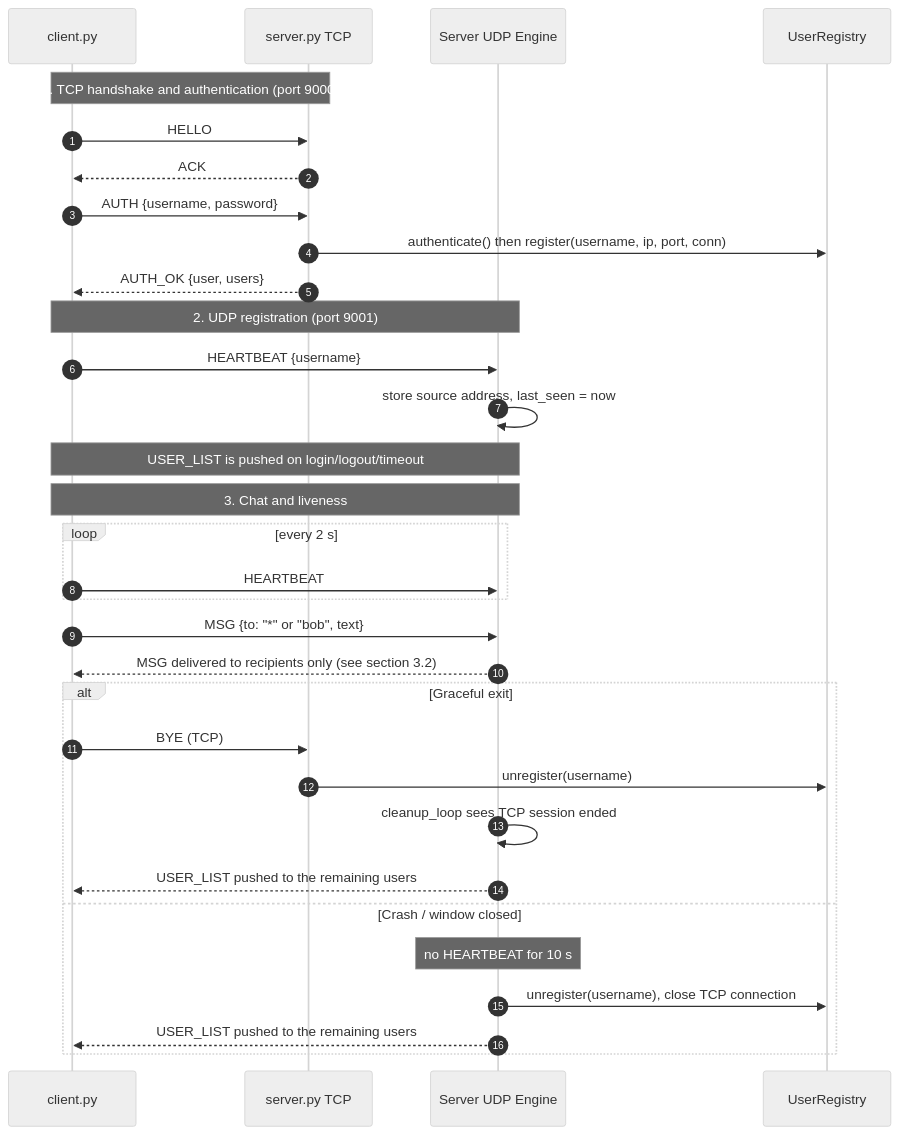
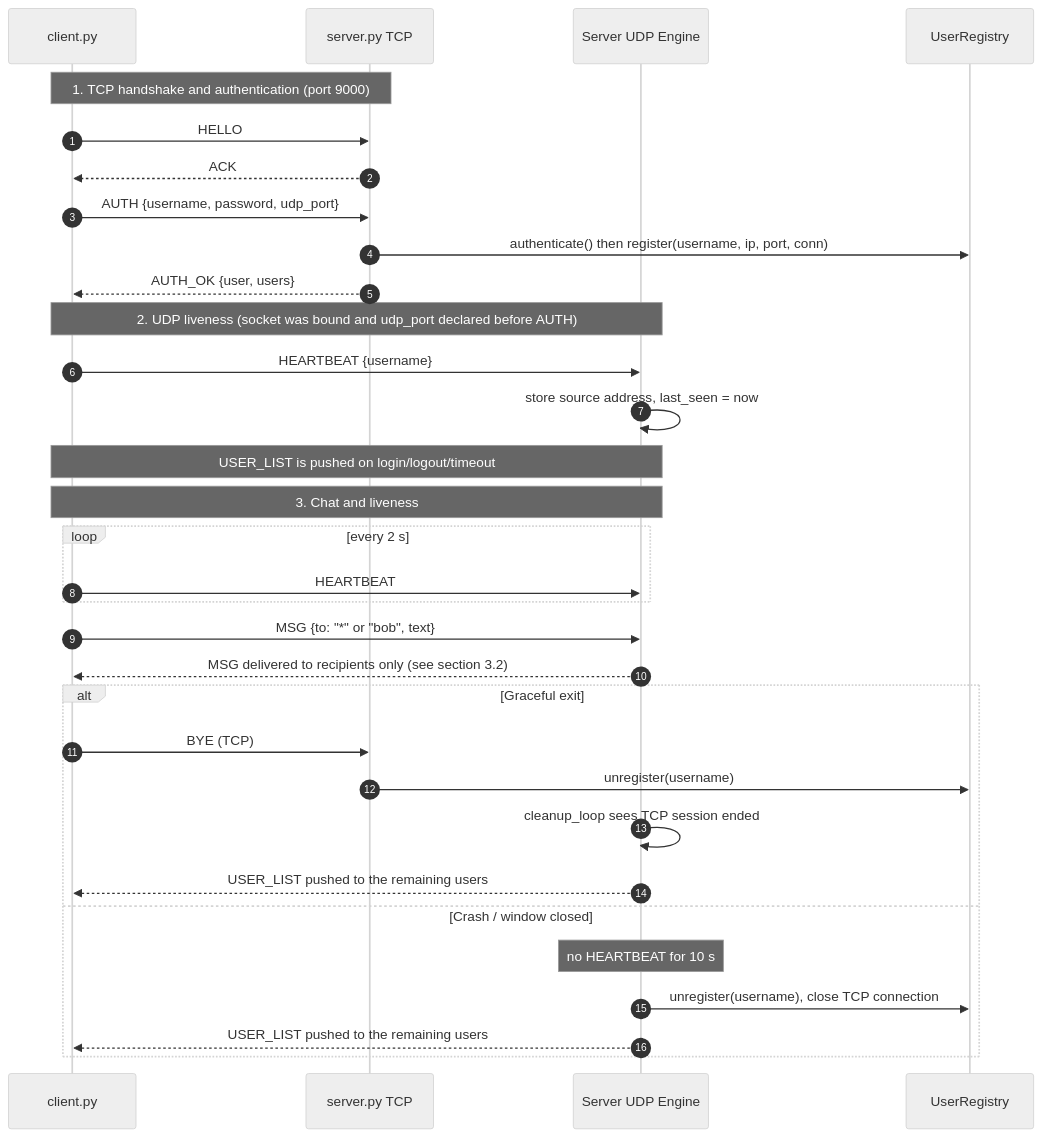
The fourth of 5 diagrams in docs/architecture.md (Smokiestfox/networking-app-assignment), drawn with Mermaid (neutral theme) before and after one commit. The commit also changed other lines of this file and 6 other files, not shown here.

````diff
--- a/docs/architecture.md
+++ b/docs/architecture.md
@@ -162,38 +167,38 @@
 ```mermaid
 sequenceDiagram
     autonumber
     participant C as client.py
     participant S as server.py TCP 
     participant U as Server UDP Engine 
     participant R as UserRegistry 
 
     Note over C,S: 1. TCP handshake and authentication (port 9000)
     C->>S: HELLO
     S-->>C: ACK
-    C->>S: AUTH {username, password}
+    C->>S: AUTH {username, password, udp_port}
     S->>R: authenticate() then register(username, ip, port, conn)
     S-->>C: AUTH_OK {user, users}
 
-    Note over C,U: 2. UDP registration (port 9001)
+    Note over C,U: 2. UDP liveness (socket was bound and udp_port declared before AUTH)
     C->>U: HEARTBEAT {username}
     U->>U: store source address, last_seen = now
     Note over C,U: USER_LIST is pushed on login/logout/timeout
 
     Note over C,U: 3. Chat and liveness
     loop every 2 s
         C->>U: HEARTBEAT
     end
     C->>U: MSG {to: "*" or "bob", text}
     U-->>C: MSG delivered to recipients only (see section 3.2)
 
     alt Graceful exit
         C->>S: BYE (TCP)
         S->>R: unregister(username)
         U->>U: cleanup_loop sees TCP session ended
         U-->>C: USER_LIST pushed to the remaining users
     else Crash / window closed
         Note over U: no HEARTBEAT for 10 s
         U->>R: unregister(username), close TCP connection
         U-->>C: USER_LIST pushed to the remaining users
     end
 ```
````
